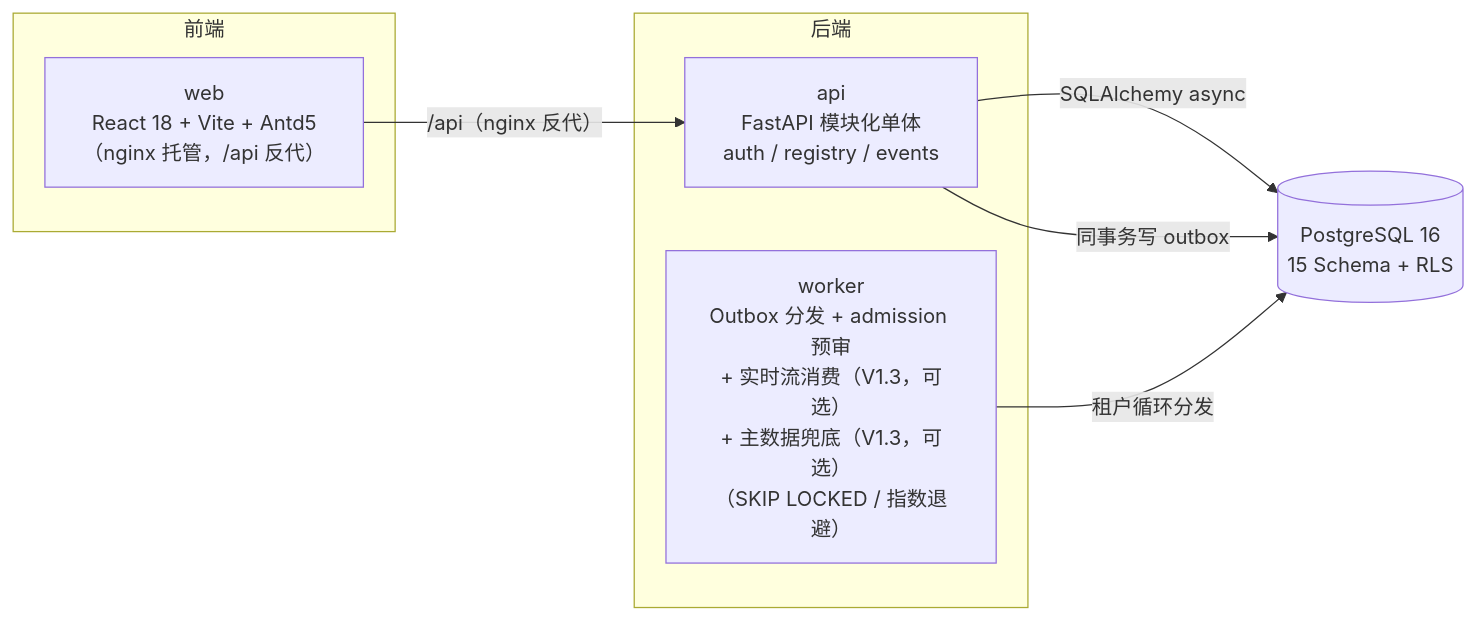
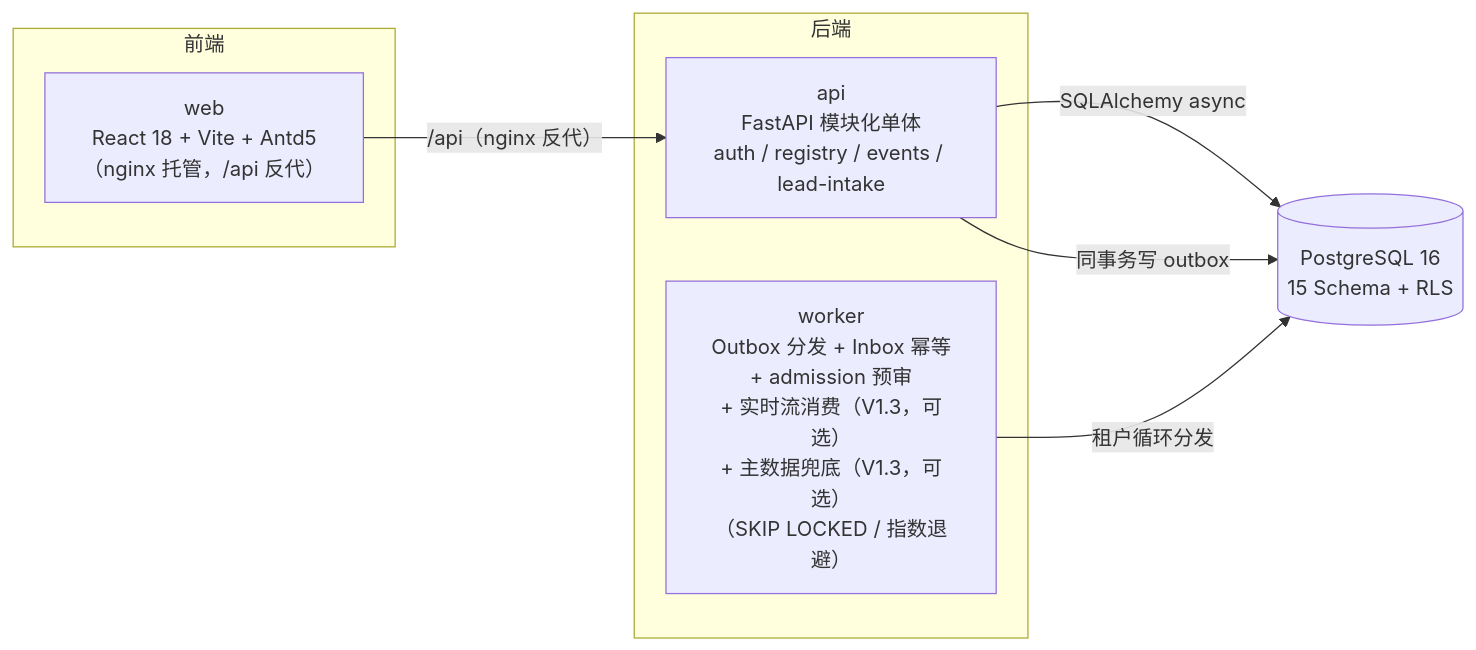
Before and after one commit to futianyu760118-art/EDP: the diagram in README.md, drawn with Mermaid. The commit also changed other lines of this file and 83 other files, not shown here.

````diff
--- a/README.md
+++ b/README.md
@@ -8,15 +8,15 @@
 ```mermaid
 flowchart LR
     subgraph 前端
         web["web<br/>React 18 + Vite + Antd5<br/>（nginx 托管，/api 反代）"]
     end
     subgraph 后端
-        api["api<br/>FastAPI 模块化单体<br/>auth / registry / events"]
-        worker["worker<br/>Outbox 分发 + admission 预审<br/>+ 实时流消费（V1.3，可选）<br/>+ 主数据兜底（V1.3，可选）<br/>（SKIP LOCKED / 指数退避）"]
+    api["api<br/>FastAPI 模块化单体<br/>auth / registry / events / lead-intake"]
+    worker["worker<br/>Outbox 分发 + Inbox 幂等<br/>+ admission 预审<br/>+ 实时流消费（V1.3，可选）<br/>+ 主数据兜底（V1.3，可选）<br/>（SKIP LOCKED / 指数退避）"]
     end
     db[("PostgreSQL 16<br/>15 Schema + RLS")]
     web -- "/api（nginx 反代）" --> api
     api -- "SQLAlchemy async" --> db
     api -- "同事务写 outbox" --> db
     worker -- "租户循环分发" --> db
 ```
````
